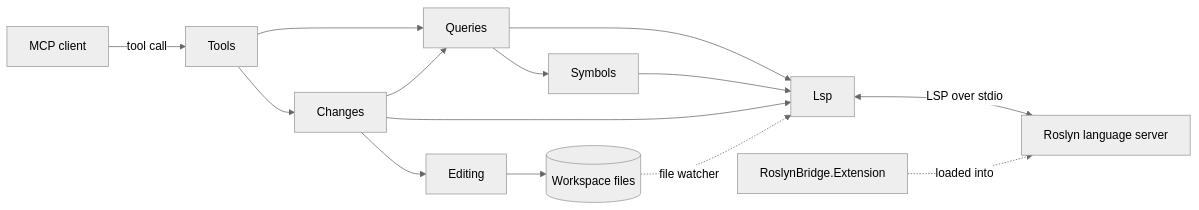
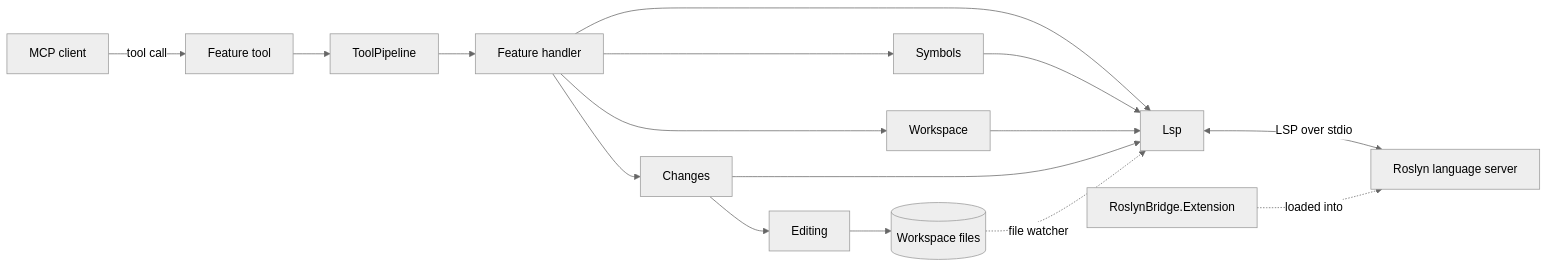
The diagram in ARCHITECTURE.md (thomas-fazzari/roslyn-bridge-mcp), drawn with Mermaid (neutral theme) before and after one commit. The commit also changed other lines of this file and 223 other files, not shown here.

````diff
--- a/ARCHITECTURE.md
+++ b/ARCHITECTURE.md
@@ -15,14 +15,15 @@
 ```mermaid
 flowchart LR
-    client[MCP client] -->|tool call| tools[Tools]
-    tools --> queries[Queries]
-    tools --> changes[Changes]
-    queries --> symbols[Symbols]
-    changes --> queries
+    client[MCP client] -->|tool call| tool[Feature tool]
+    tool --> pipeline[ToolPipeline]
+    pipeline --> handler[Feature handler]
+    handler --> symbols[Symbols]
+    handler --> workspace[Workspace]
+    handler --> changes[Changes]
     changes --> editing[Editing]
     editing --> files[(Workspace files)]
-    queries & symbols & changes --> lsp[Lsp]
+    handler & symbols & workspace & changes --> lsp[Lsp]
     files -.->|file watcher| lsp
     lsp <-->|LSP over stdio| roslyn[Roslyn language server]
     extension[RoslynBridge.Extension] -.->|loaded into| roslyn
 ```
````
